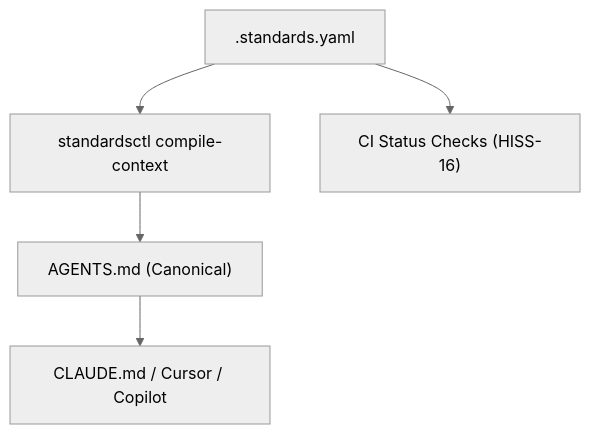
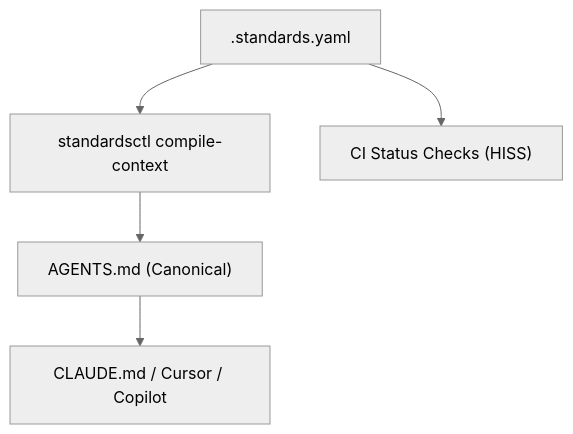
The diagram in docs/presets/mkdocs/docs/index.md (cordanaLLM/praetor), drawn with Mermaid (neutral theme) before and after one commit. The commit also changed other lines of this file and 59 other files, not shown here.

````diff
--- a/docs/presets/mkdocs/docs/index.md
+++ b/docs/presets/mkdocs/docs/index.md
@@ -12,7 +12,7 @@
 ```mermaid
 flowchart TD
     CONFIG[".standards.yaml"] --> COMPILER["standardsctl compile-context"]
     COMPILER --> AGENTS["AGENTS.md (Canonical)"]
     AGENTS --> VENDORS["CLAUDE.md / Cursor / Copilot"]
-    CONFIG --> CI["CI Status Checks (HISS-16)"]
+    CONFIG --> CI["CI Status Checks (HISS)"]
 ```
````
